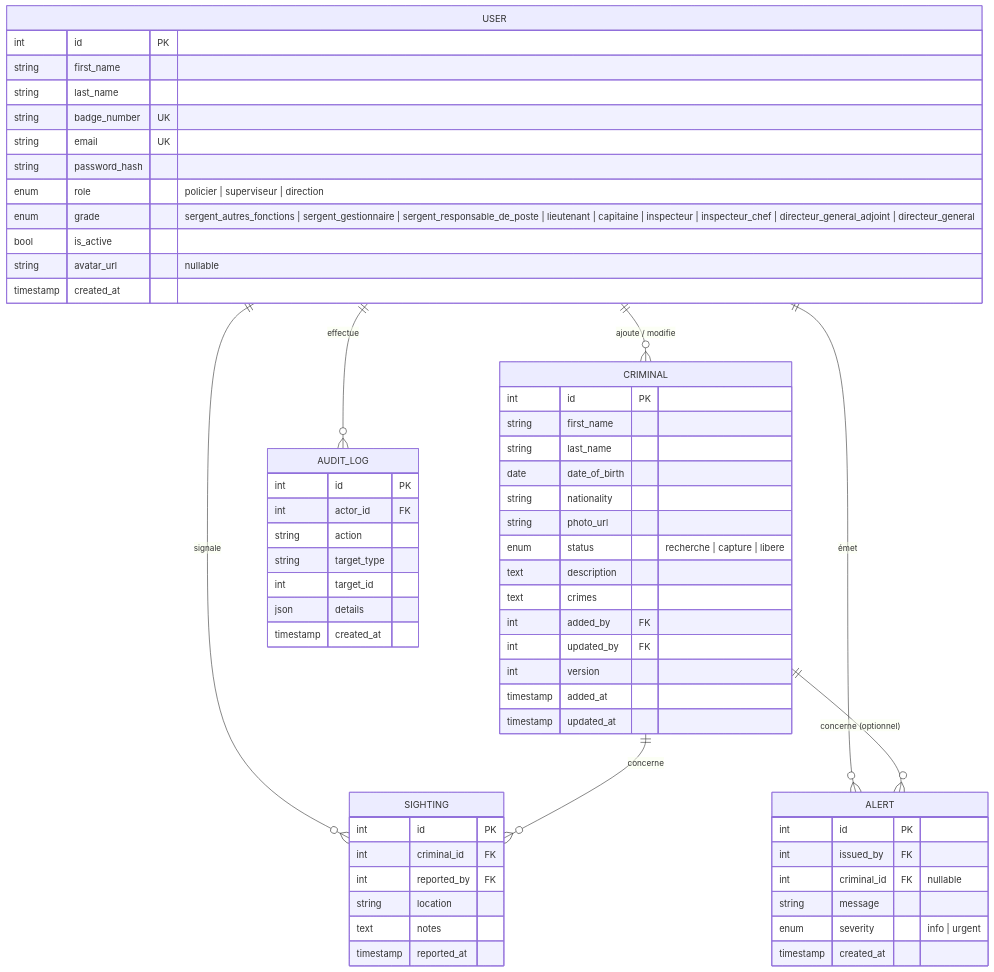
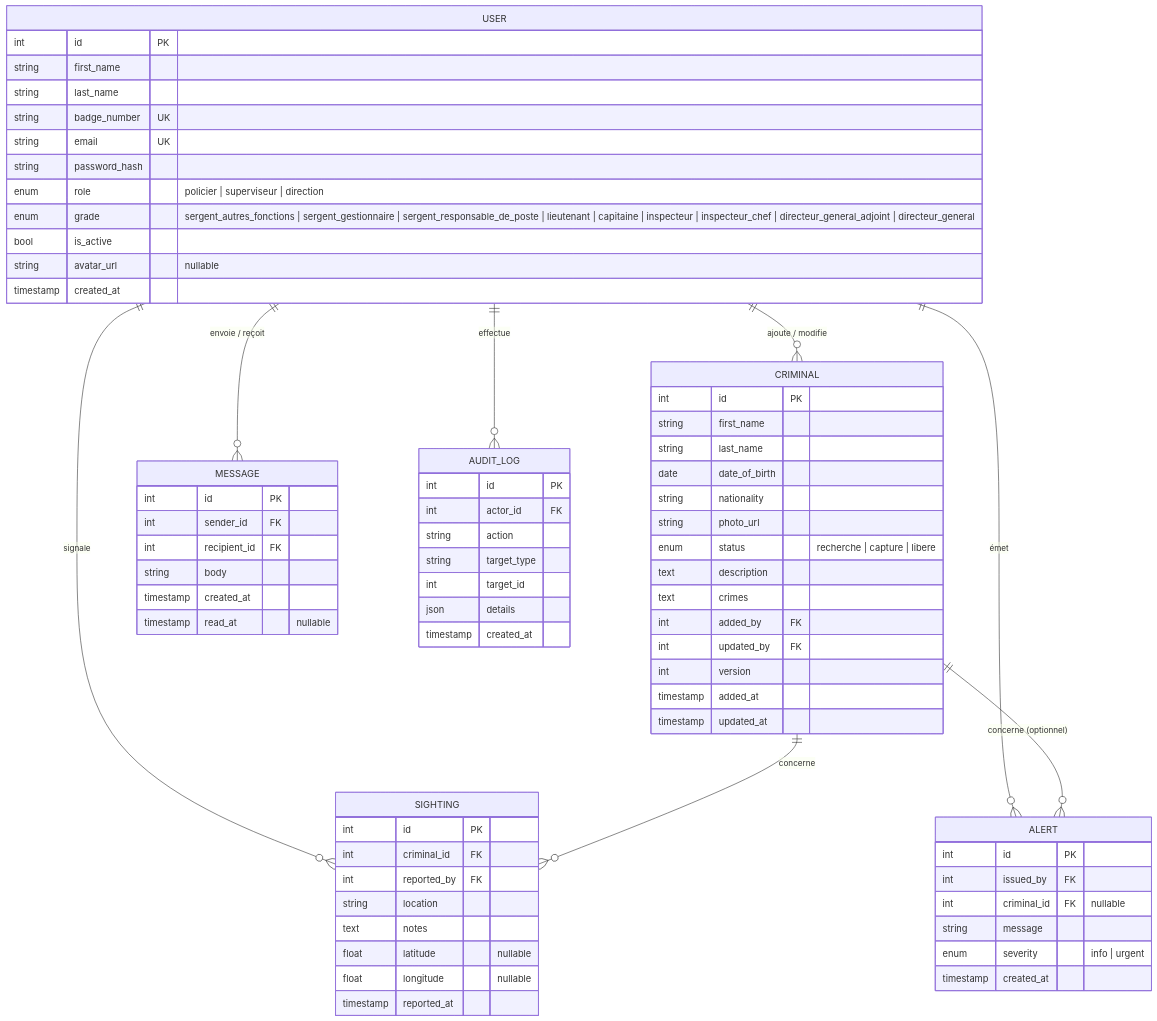
One commit to dr-arobase/projet-DA_3 changed the diagram in docs/03-conception.md. Above: the diagram before and after it, drawn with Mermaid. The commit also changed other lines of this file and 27 other files, not shown here.

````diff
--- a/docs/03-conception.md
+++ b/docs/03-conception.md
@@ -28,64 +28,75 @@
 ```mermaid
 erDiagram
     USER {
         int id PK
         string first_name
         string last_name
         string badge_number UK
         string email UK
         string password_hash
         enum role "policier | superviseur | direction"
         enum grade "sergent_autres_fonctions | sergent_gestionnaire | sergent_responsable_de_poste | lieutenant | capitaine | inspecteur | inspecteur_chef | directeur_general_adjoint | directeur_general"
         bool is_active
         string avatar_url "nullable"
         timestamp created_at
     }
     CRIMINAL {
         int id PK
         string first_name
         string last_name
         date date_of_birth
         string nationality
         string photo_url
         enum status "recherche | capture | libere"
         text description
         text crimes
         int added_by FK
         int updated_by FK
         int version
         timestamp added_at
         timestamp updated_at
     }
     SIGHTING {
         int id PK
         int criminal_id FK
         int reported_by FK
         string location
         text notes
+        float latitude "nullable"
+        float longitude "nullable"
         timestamp reported_at
+    }
+    MESSAGE {
+        int id PK
+        int sender_id FK
+        int recipient_id FK
+        string body
+        timestamp created_at
+        timestamp read_at "nullable"
     }
     ALERT {
         int id PK
         int issued_by FK
         int criminal_id FK "nullable"
         string message
         enum severity "info | urgent"
         timestamp created_at
     }
     AUDIT_LOG {
         int id PK
         int actor_id FK
         string action
         string target_type
         int target_id
         json details
         timestamp created_at
     }
 
     USER ||--o{ CRIMINAL : "ajoute / modifie"
     USER ||--o{ SIGHTING : "signale"
     USER ||--o{ ALERT : "émet"
     USER ||--o{ AUDIT_LOG : "effectue"
+    USER ||--o{ MESSAGE : "envoie / reçoit"
     CRIMINAL ||--o{ SIGHTING : "concerne"
     CRIMINAL ||--o{ ALERT : "concerne (optionnel)"
 ```
````
